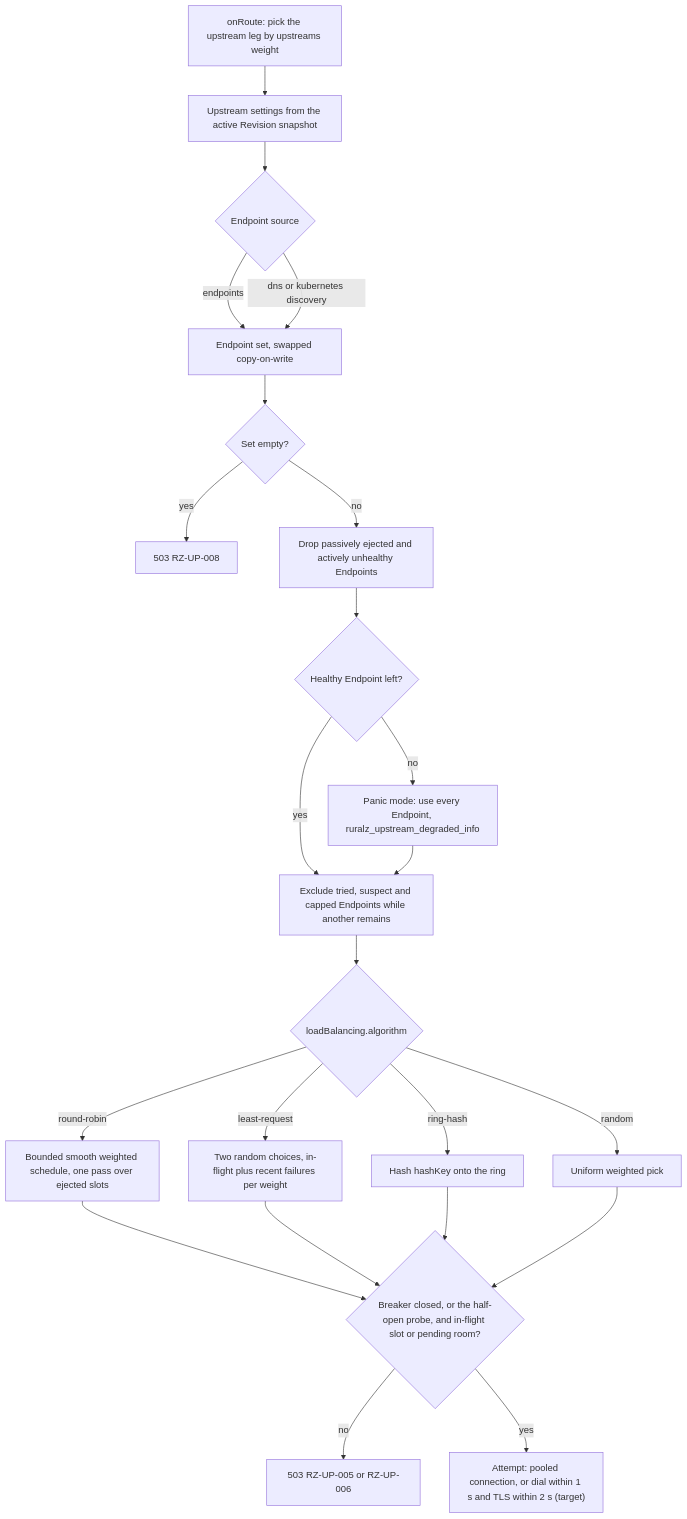
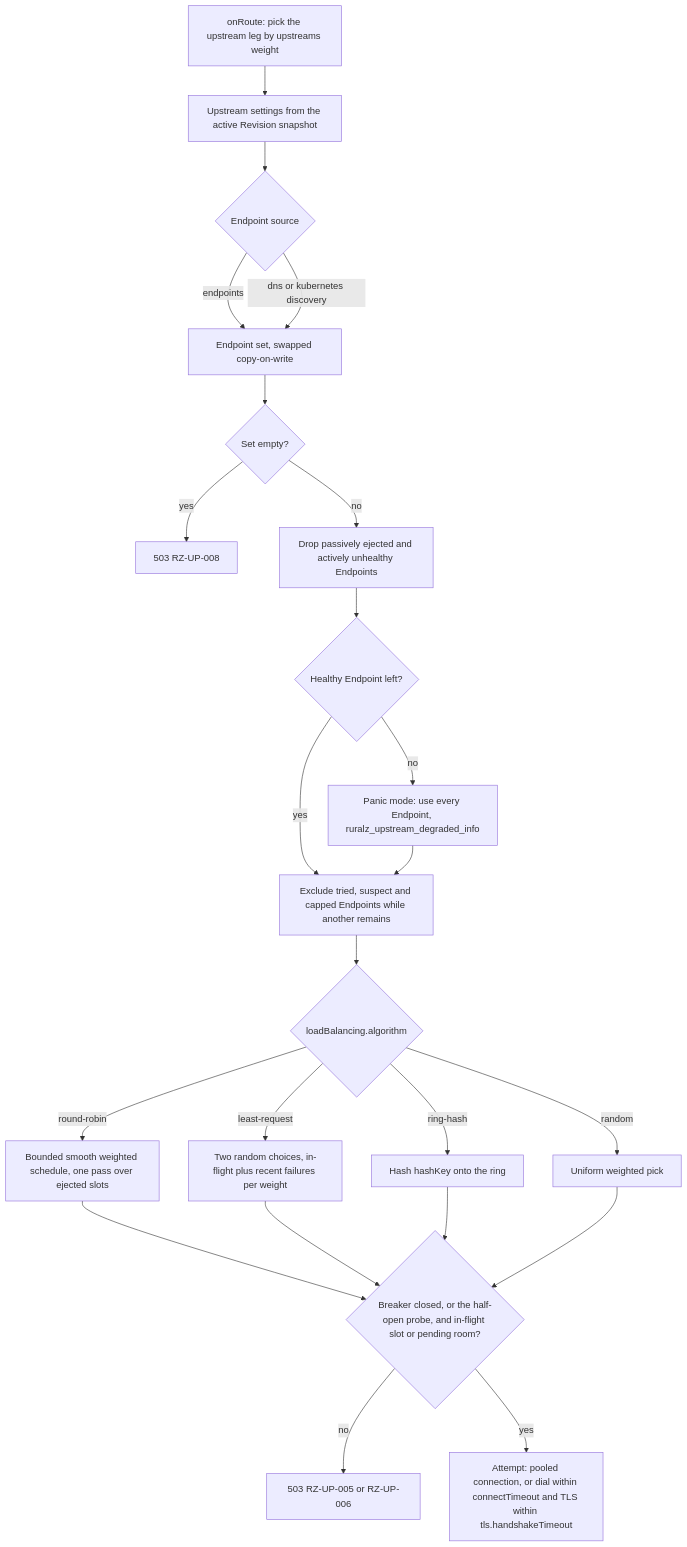
One commit to ravindu-rev/ruralz changed the first of 4 diagrams in docs/architecture/09-traffic-management-and-resilience.md. Above: the diagram before and after it, drawn with Mermaid. The commit also changed other lines of this file and 5552 other files, not shown here.

````diff
--- a/docs/architecture/09-traffic-management-and-resilience.md
+++ b/docs/architecture/09-traffic-management-and-resilience.md
@@ -47,25 +32,25 @@
 ```mermaid
 flowchart TD
     leg["onRoute: pick the upstream leg by upstreams weight"] --> ups["Upstream settings from the active Revision snapshot"]
     ups --> src{"Endpoint source"}
     src -- "endpoints" --> set["Endpoint set, swapped copy-on-write"]
     src -- "dns or kubernetes discovery" --> set
     set --> empty{"Set empty?"}
     empty -- "yes" --> e008["503 RZ-UP-008"]
     empty -- "no" --> filt["Drop passively ejected and actively unhealthy Endpoints"]
     filt --> any{"Healthy Endpoint left?"}
     any -- "no" --> panic["Panic mode: use every Endpoint, ruralz_upstream_degraded_info"]
     any -- "yes" --> excl["Exclude tried, suspect and capped Endpoints while another remains"]
     panic --> excl
     excl --> alg{"loadBalancing.algorithm"}
     alg -- "round-robin" --> rr["Bounded smooth weighted schedule, one pass over ejected slots"]
     alg -- "least-request" --> p2c["Two random choices, in-flight plus recent failures per weight"]
     alg -- "ring-hash" --> rh["Hash hashKey onto the ring"]
     alg -- "random" --> rnd["Uniform weighted pick"]
     rr --> gate{"Breaker closed, or the half-open probe, and in-flight slot or pending room?"}
     p2c --> gate
     rh --> gate
     rnd --> gate
     gate -- "no" --> e005["503 RZ-UP-005 or RZ-UP-006"]
-    gate -- "yes" --> att["Attempt: pooled connection, or dial within 1 s and TLS within 2 s (target)"]
+    gate -- "yes" --> att["Attempt: pooled connection, or dial within connectTimeout and TLS within tls.handshakeTimeout"]
 ```
````
